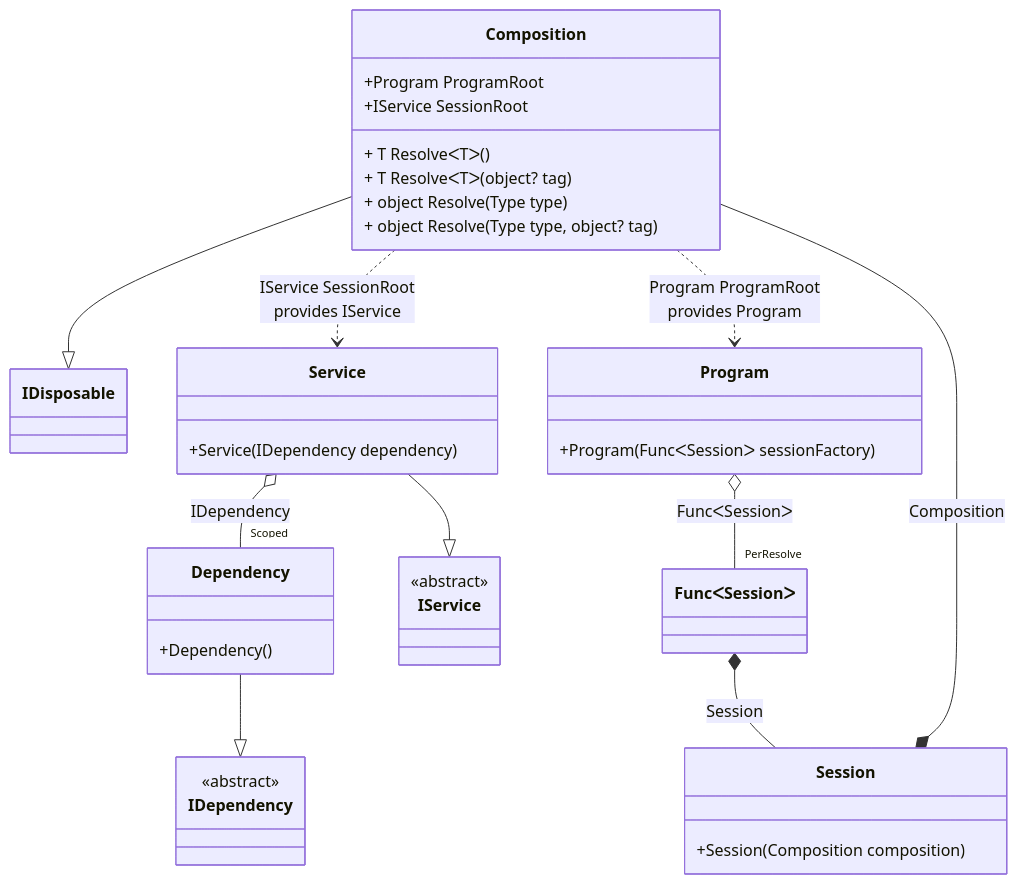
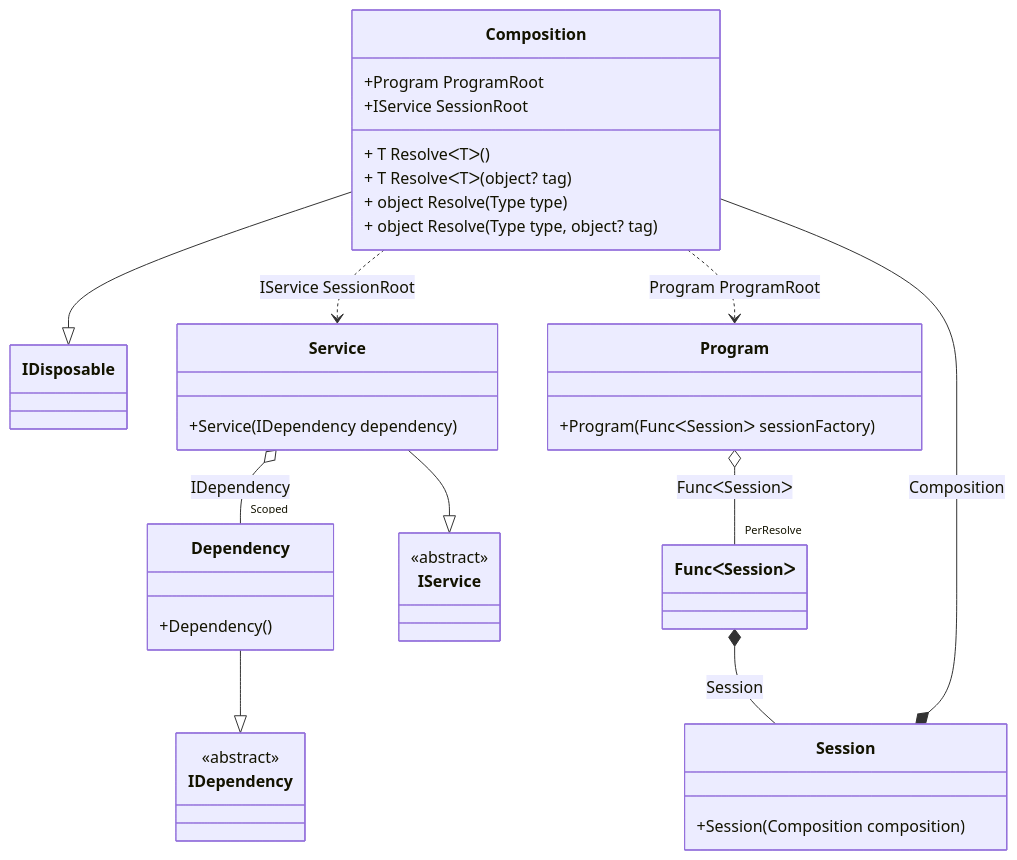
Before and after one commit to DevTeam/Pure.DI: the diagram in readme/scope.md, drawn with Mermaid. The commit also changed other lines of this file and 74 other files, not shown here.

````diff
--- a/readme/scope.md
+++ b/readme/scope.md
@@ -82,40 +82,40 @@
 ```mermaid
 classDiagram
   class Composition {
     +Program ProgramRoot
     +IService SessionRoot
     + T ResolveᐸTᐳ()
     + T ResolveᐸTᐳ(object? tag)
     + object Resolve(Type type)
     + object Resolve(Type type, object? tag)
   }
   Composition --|> IDisposable
   class Composition
   class Session {
     +Session(Composition composition)
   }
   class Program {
     +Program(FuncᐸSessionᐳ sessionFactory)
   }
   Dependency --|> IDependency : 
   class Dependency {
     +Dependency()
   }
   Service --|> IService : 
   class Service {
     +Service(IDependency dependency)
   }
   class FuncᐸSessionᐳ
   class IDependency {
     <<abstract>>
   }
   class IService {
     <<abstract>>
   }
   Session *--  Composition : Composition
   Program o--  "PerResolve" FuncᐸSessionᐳ : FuncᐸSessionᐳ
   Service o--  "Scoped" Dependency : IDependency
-  Composition ..> Service : IService SessionRoot<br/>provides IService
-  Composition ..> Program : Program ProgramRoot<br/>provides Program
+  Composition ..> Service : IService SessionRoot
+  Composition ..> Program : Program ProgramRoot
   FuncᐸSessionᐳ *--  Session : Session
 ```
````
